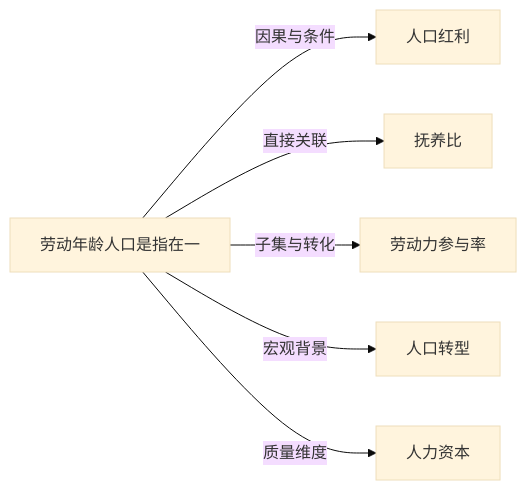
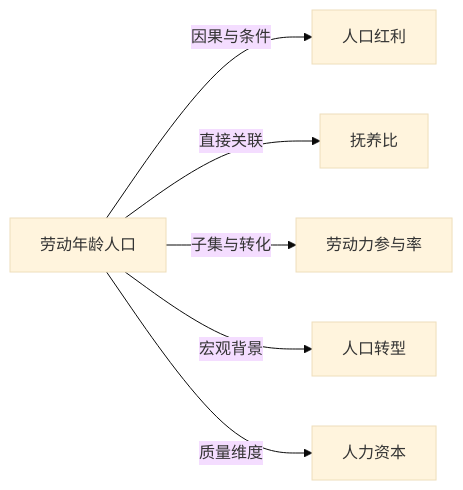
Before and after one commit to KIMMCHOW/MyKnowledge: the diagram in Knowledge/Concepts/经济/劳动年龄人口.md, drawn with Mermaid (base theme). The commit also changed 96 other files, not shown here.

Commit message:
fix: 修复概念页关系图节点并补齐缺失关联

````diff
--- a/Knowledge/Concepts/经济/劳动年龄人口.md
+++ b/Knowledge/Concepts/经济/劳动年龄人口.md
@@ -43,8 +43,8 @@
 ```mermaid
 graph LR
-    劳动年龄人口是指在一 -->|因果与条件| 人口红利
-    劳动年龄人口是指在一 -->|直接关联| 抚养比
-    劳动年龄人口是指在一 -->|子集与转化| 劳动力参与率
-    劳动年龄人口是指在一 -->|宏观背景| 人口转型
-    劳动年龄人口是指在一 -->|质量维度| 人力资本
+劳动年龄人口 -->|因果与条件| 人口红利
+劳动年龄人口 -->|直接关联| 抚养比
+劳动年龄人口 -->|子集与转化| 劳动力参与率
+劳动年龄人口 -->|宏观背景| 人口转型
+劳动年龄人口 -->|质量维度| 人力资本
 ```
````
